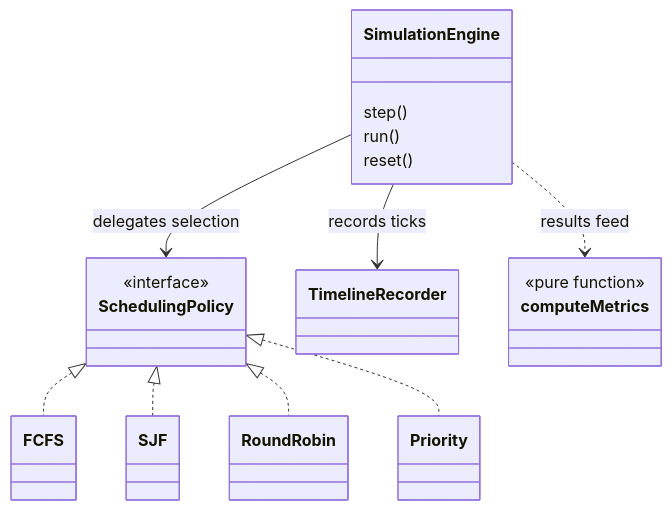
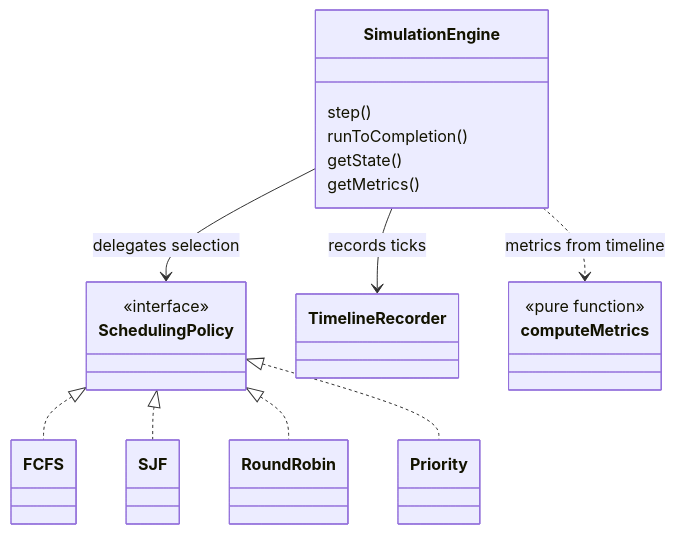
The third of 9 diagrams in README.md (ahmedmedhat-se/cpu-process-scheduling-app), drawn with Mermaid before and after one commit. The commit also changed other lines of this file, not shown here.

Commit message:
docs: modifying README.md with OS concepts, architecture, and design decisions

````diff
--- a/README.md
+++ b/README.md
@@ -90,26 +114,27 @@
 ```mermaid
 classDiagram
     class SimulationEngine {
         step()
-        run()
-        reset()
+        runToCompletion()
+        getState()
+        getMetrics()
     }
     class SchedulingPolicy {
         <<interface>>
     }
     class FCFS
     class SJF
     class RoundRobin
     class Priority
     class TimelineRecorder
     class computeMetrics {
         <<pure function>>
     }
     SimulationEngine --> SchedulingPolicy : delegates selection
     SimulationEngine --> TimelineRecorder : records ticks
-    SimulationEngine ..> computeMetrics : results feed
+    SimulationEngine ..> computeMetrics : metrics from timeline
     SchedulingPolicy <|.. FCFS
     SchedulingPolicy <|.. SJF
     SchedulingPolicy <|.. RoundRobin
     SchedulingPolicy <|.. Priority
 ```
````
